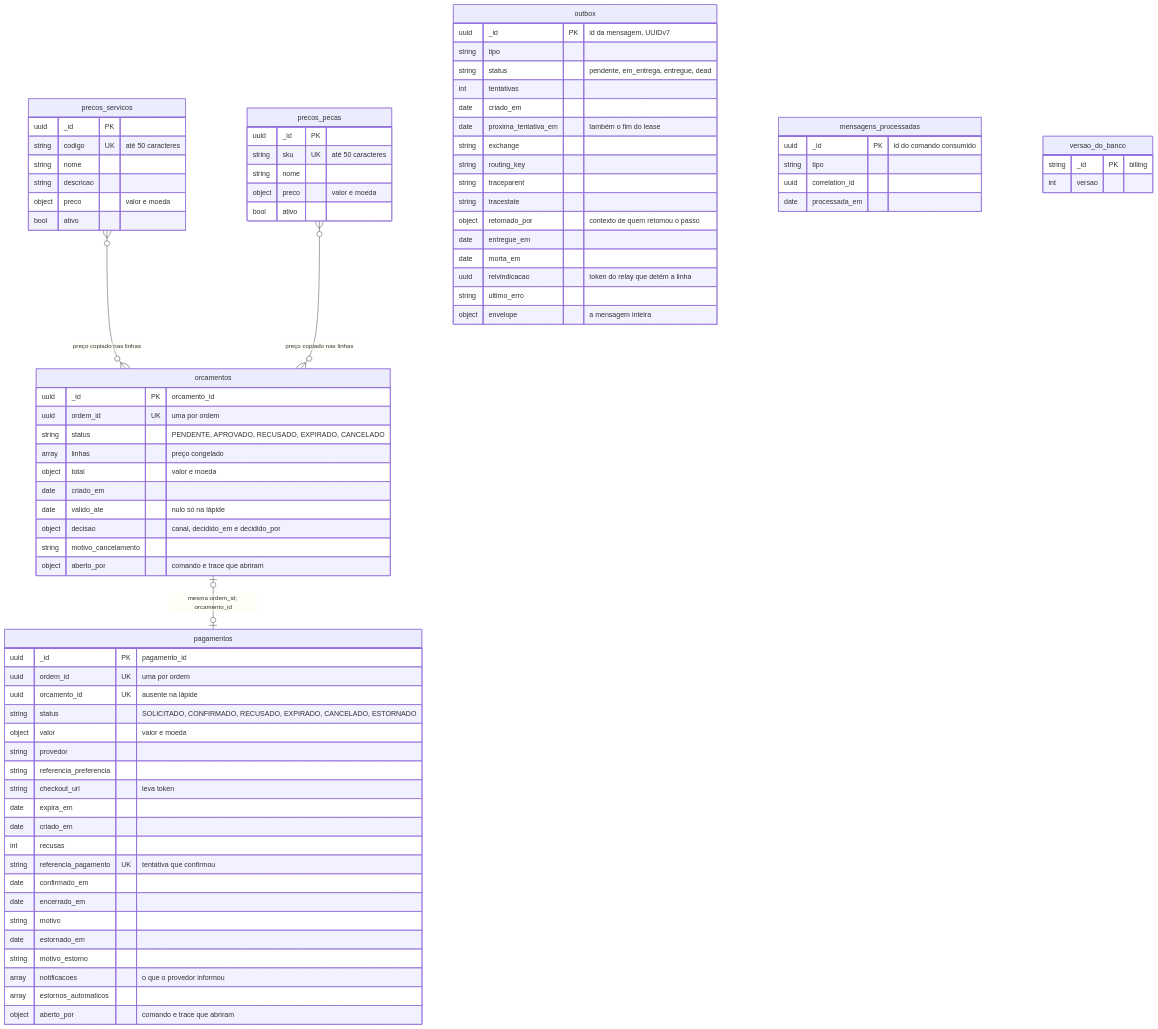
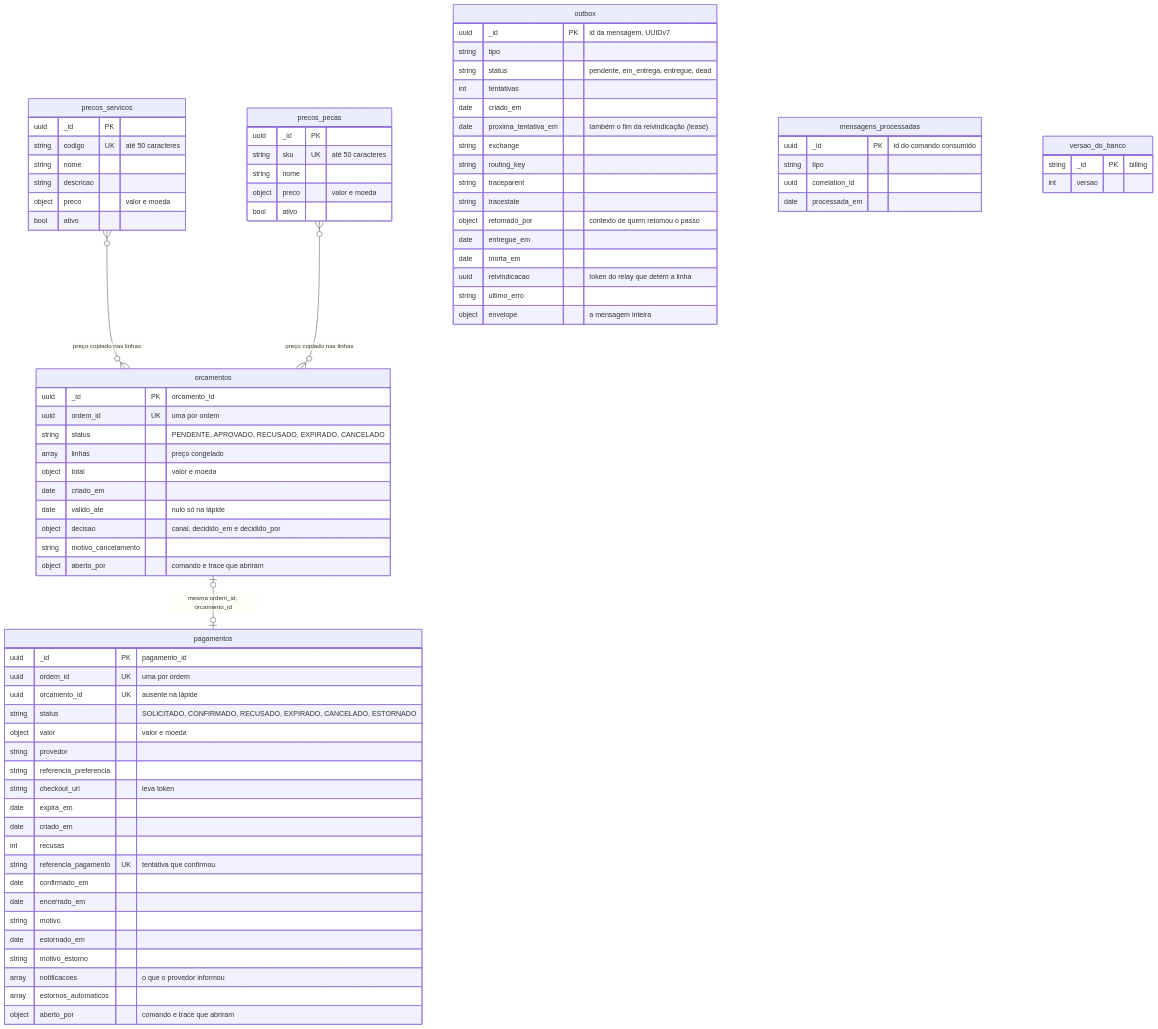
The second of 12 diagrams in docs/arquitetura.md (fiap-postech-sw-architecture/postech-sw-arch-p4-billing-service), drawn with Mermaid before and after one commit. The commit also changed other lines of this file, not shown here.

```diff
--- a/docs/arquitetura.md
+++ b/docs/arquitetura.md
@@ -168,7 +169,7 @@
         string status "pendente, em_entrega, entregue, dead"
         int tentativas
         date criado_em
-        date proxima_tentativa_em "também o fim do lease"
+        date proxima_tentativa_em "também o fim da reivindicação (lease)"
         string exchange
         string routing_key
         string traceparent
```
